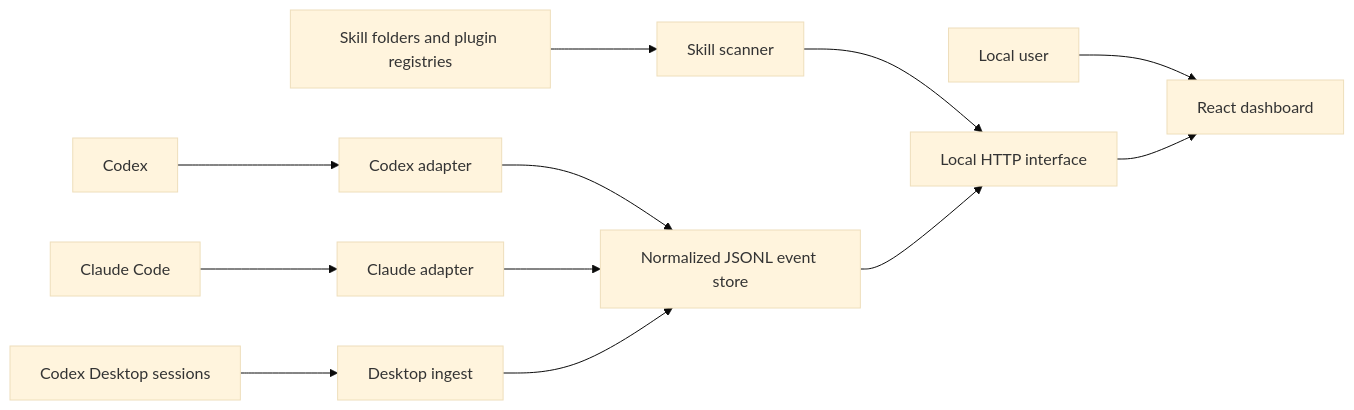
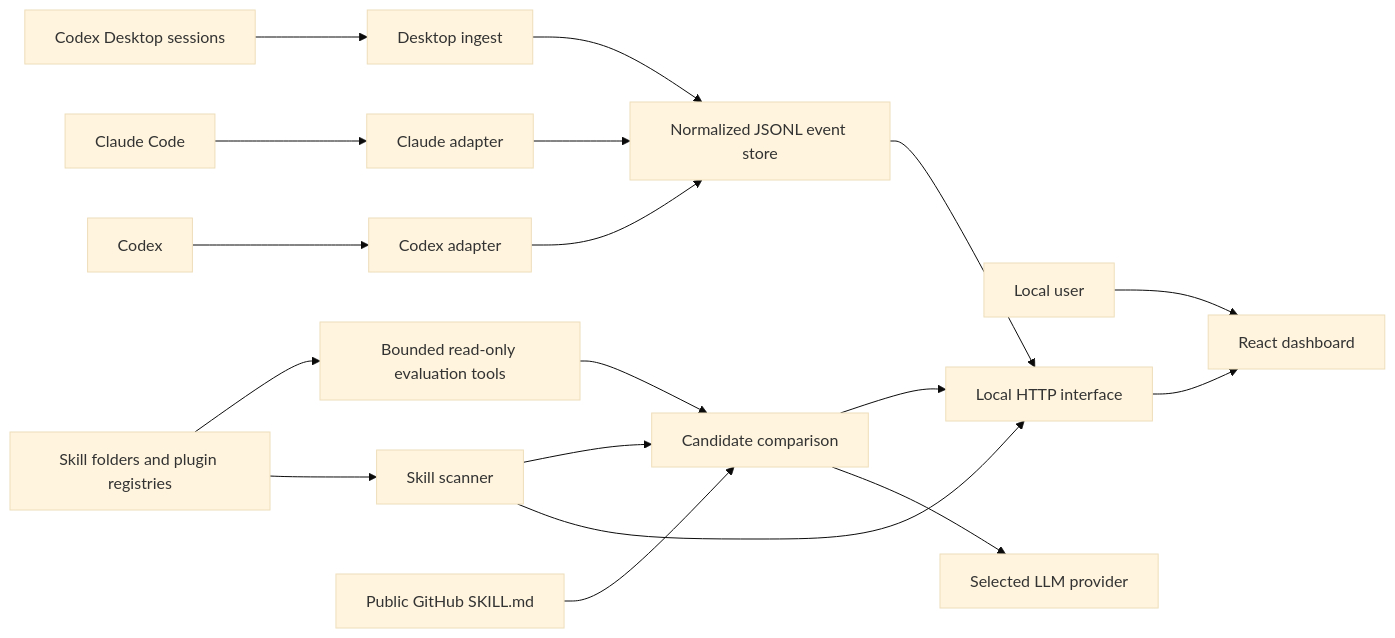
Before and after one commit to Gjts/skillops: the diagram in docs/develop/architecture/system_architecture.md, drawn with Mermaid (base theme). The commit also changed other lines of this file and 28 other files, not shown here.

````diff
--- a/docs/develop/architecture/system_architecture.md
+++ b/docs/develop/architecture/system_architecture.md
@@ -15,15 +15,21 @@
 ```mermaid
 flowchart LR
     U[Local user] --> UI[React dashboard]
     C[Codex] --> CA[Codex adapter]
     CL[Claude Code] --> CLA[Claude adapter]
     CS[Codex Desktop sessions] --> ING[Desktop ingest]
     FS[Skill folders and plugin registries] --> SCAN[Skill scanner]
+    FS --> AGENT[Bounded read-only evaluation tools]
+    GH[Public GitHub SKILL.md] --> EVAL[Candidate comparison]
+    EVAL --> LLM[Selected LLM provider]
+    AGENT --> EVAL
 
     CA --> STORE[Normalized JSONL event store]
     CLA --> STORE
     ING --> STORE
     SCAN --> API[Local HTTP interface]
     STORE --> API
+    SCAN --> EVAL
+    EVAL --> API
     API --> UI
 ```
````
